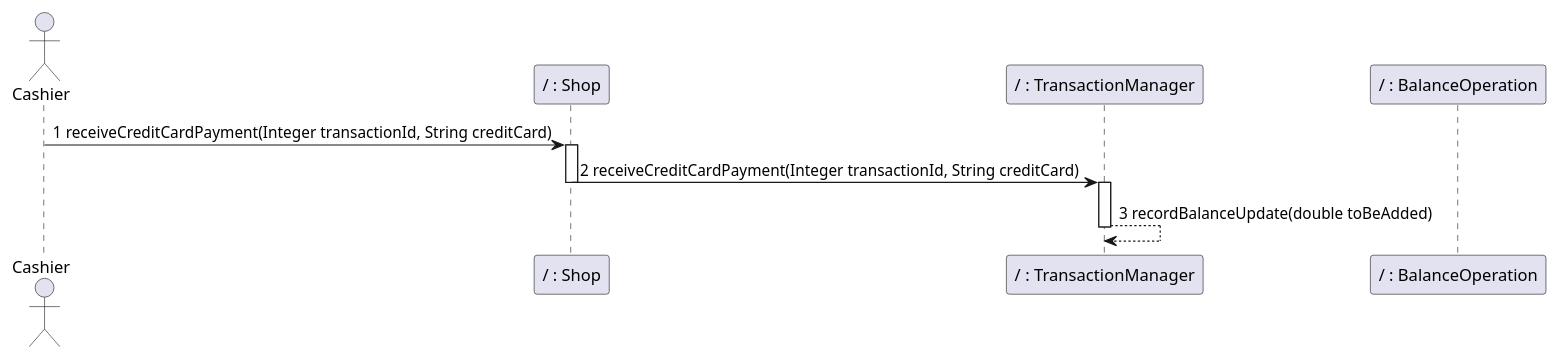
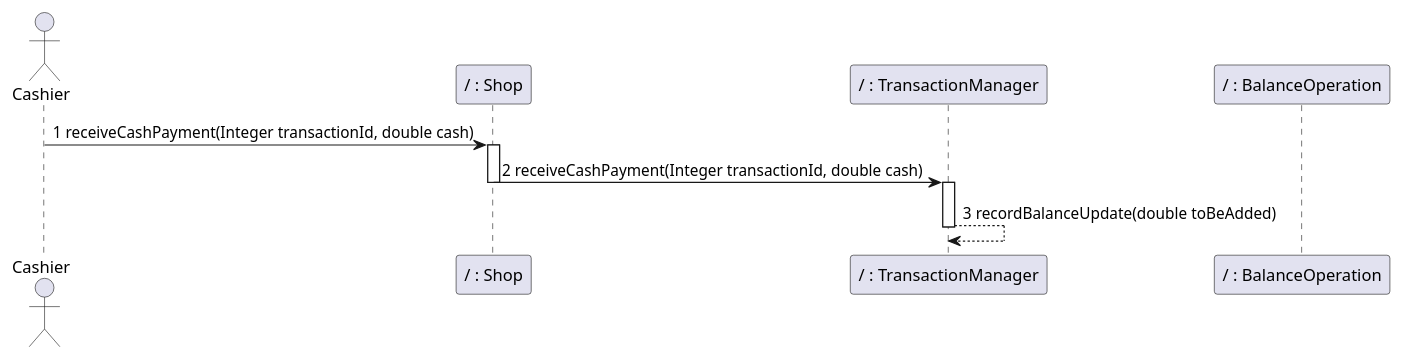
Before and after one commit to nicolabattaglino/ezshop: diagram 27 of 32 in Deliverables/DesignDocument.md, drawn with PlantUML. The commit also changed other lines of this file, not shown here.

Commit message:
formatting

````diff
--- a/Deliverables/DesignDocument.md
+++ b/Deliverables/DesignDocument.md
@@ -1346,15 +1346,15 @@
 ```plantuml
 @startuml
 actor Cashier
 participant "/ : Shop" as Shop
 participant "/ : TransactionManager" as TransactionManager
 participant "/ : BalanceOperation" as BalanceOperation
-Cashier -> Shop:1 receiveCreditCardPayment(Integer transactionId, String creditCard)
+Cashier -> Shop:1 receiveCashPayment(Integer transactionId, double cash)
 activate Shop
-Shop -> TransactionManager:2 receiveCreditCardPayment(Integer transactionId, String creditCard)
+Shop -> TransactionManager:2 receiveCashPayment(Integer transactionId, double cash)
 deactivate Shop
 activate TransactionManager
 TransactionManager --> TransactionManager:3 recordBalanceUpdate(double toBeAdded)
 deactivate TransactionManager
 @enduml
 ```
````
